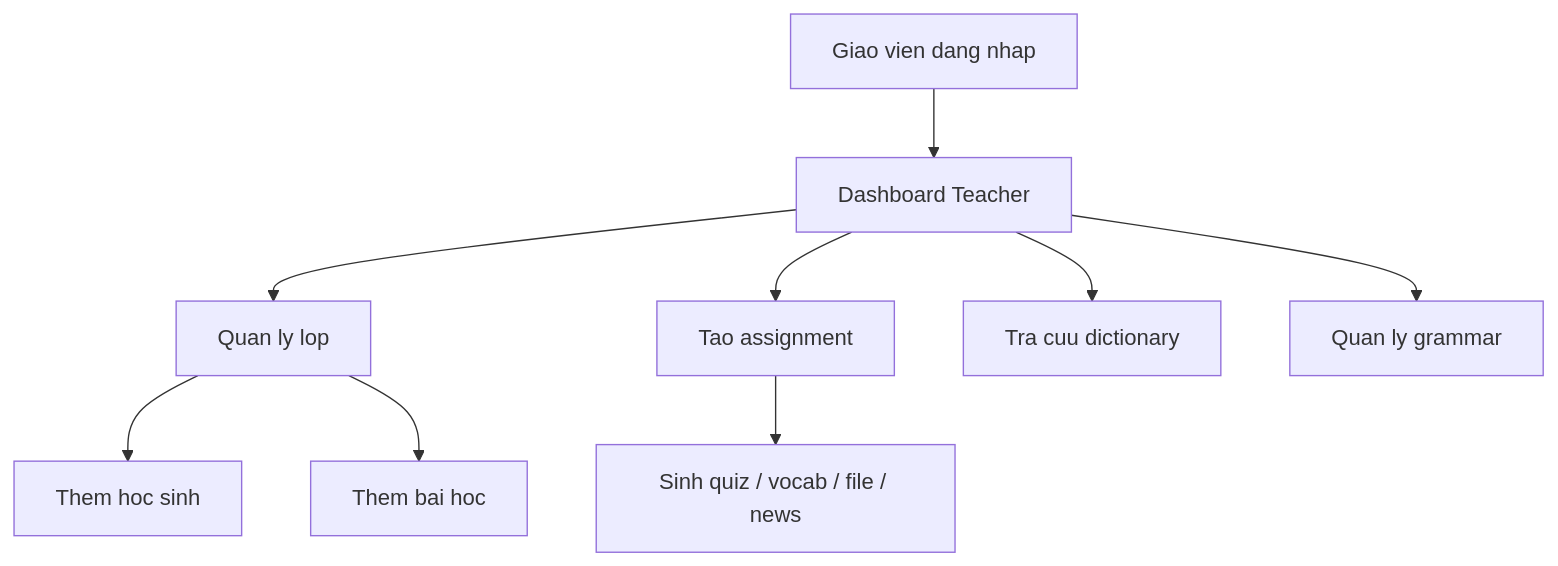
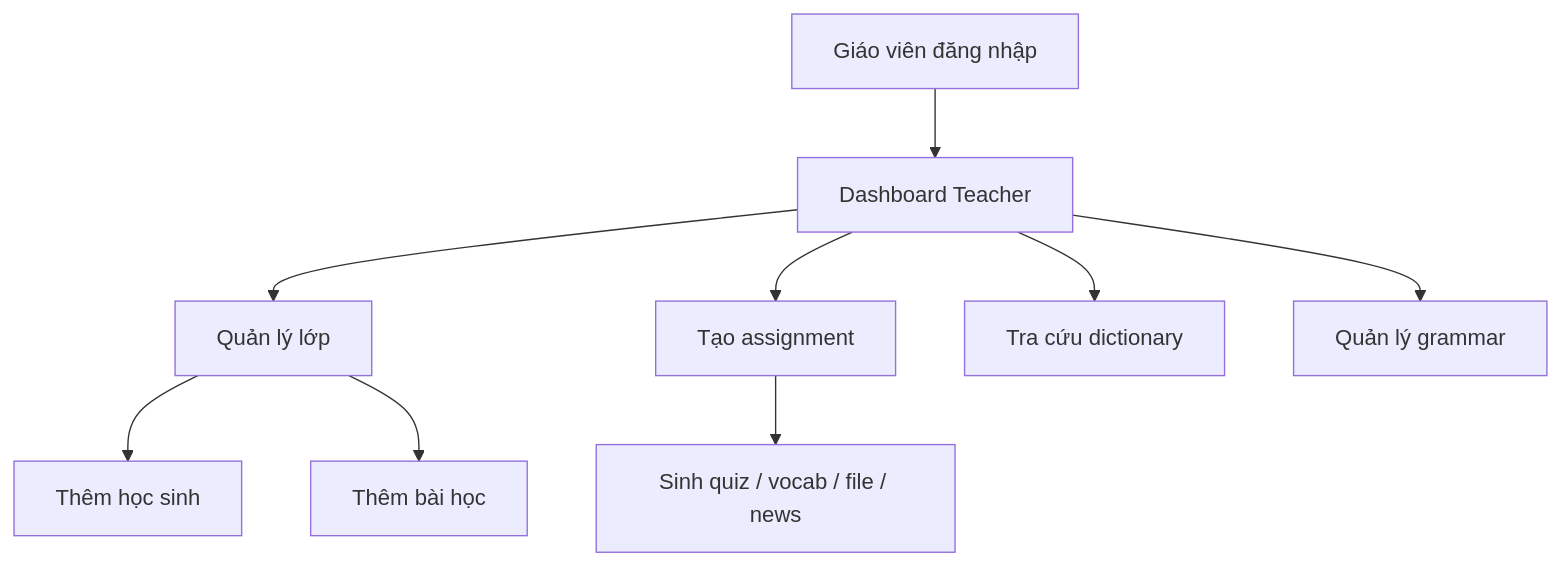
One commit to basduy05/NCKHTA changed the fourth of 4 diagrams in BAO_CAO_BAN_GIAO_HE_THONG.md. Above: the diagram before and after it, drawn with Mermaid. The commit also changed other lines of this file and 43 other files, not shown here.

````diff
--- a/BAO_CAO_BAN_GIAO_HE_THONG.md
+++ b/BAO_CAO_BAN_GIAO_HE_THONG.md
@@ -485,11 +485,11 @@
 ```mermaid
 flowchart TD
-    A[Giao vien dang nhap] --> B[Dashboard Teacher]
-    B --> C[Quan ly lop]
-    C --> D[Them hoc sinh]
-    C --> E[Them bai hoc]
-    B --> F[Tao assignment]
+    A[Giáo viên đăng nhập] --> B[Dashboard Teacher]
+    B --> C[Quản lý lớp]
+    C --> D[Thêm học sinh]
+    C --> E[Thêm bài học]
+    B --> F[Tạo assignment]
     F --> G[Sinh quiz / vocab / file / news]
-    B --> H[Tra cuu dictionary]
-    B --> I[Quan ly grammar]
+    B --> H[Tra cứu dictionary]
+    B --> I[Quản lý grammar]
 ```
````
